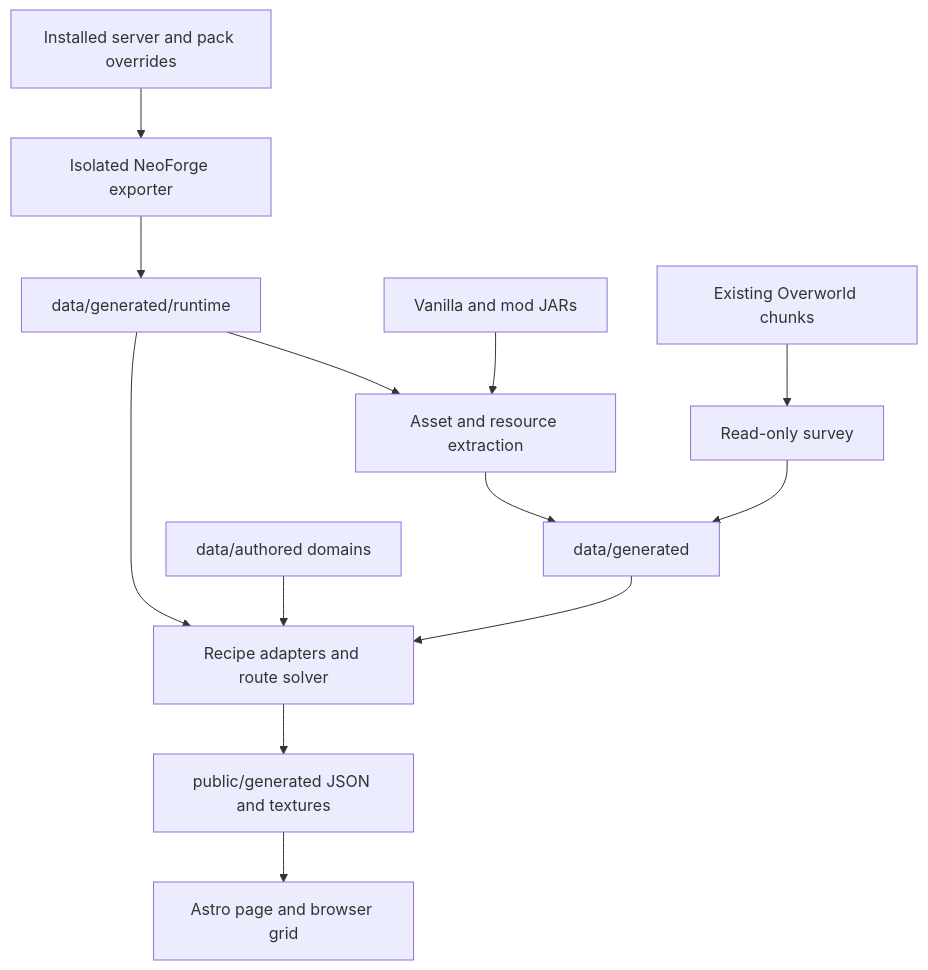
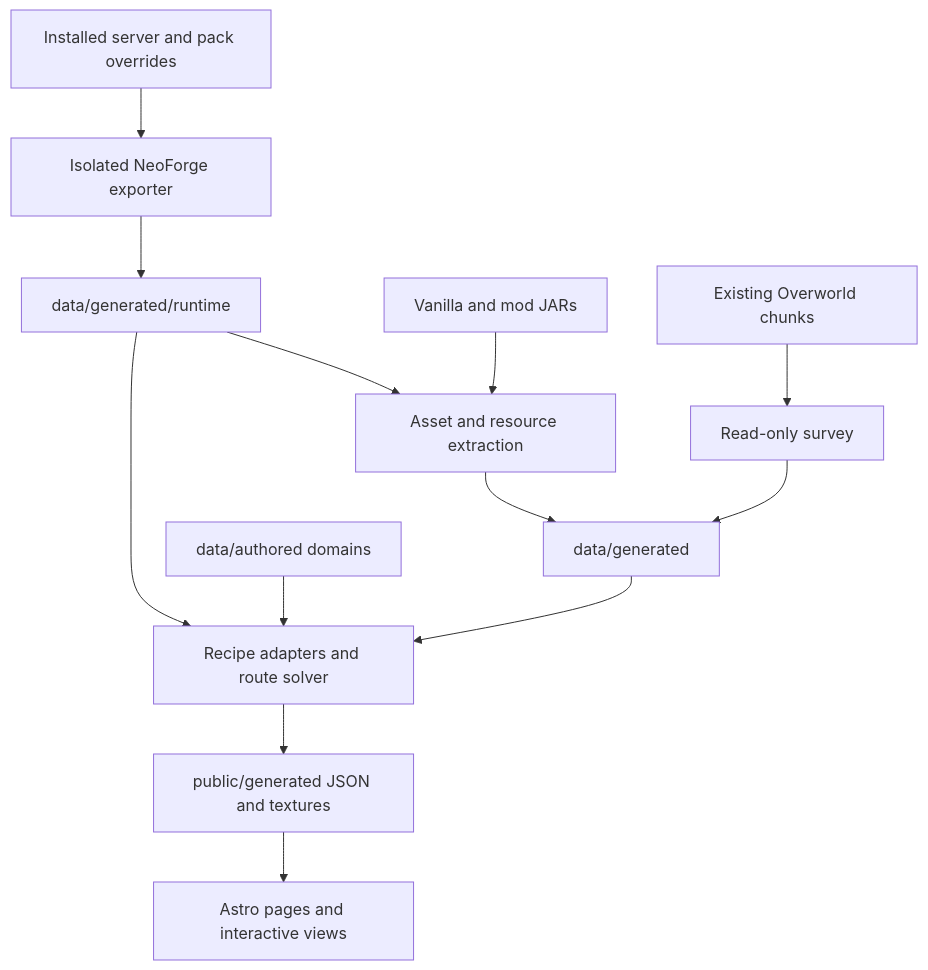
The diagram in docs/development/web/data.md (mannie-exe/create_sky), drawn with Mermaid before and after one commit. The commit also changed other lines of this file and 30 other files, not shown here.

````diff
--- a/docs/development/web/data.md
+++ b/docs/development/web/data.md
@@ -7,15 +7,15 @@
 ```mermaid
 flowchart TD
     Server[Installed server and pack overrides] --> Runtime[Isolated NeoForge exporter]
     Runtime --> Evidence[data/generated/runtime]
     Jars[Vanilla and mod JARs] --> Extract[Asset and resource extraction]
     Evidence --> Extract
     Extract --> Catalog[data/generated]
     World[Existing Overworld chunks] --> Survey[Read-only survey]
     Survey --> Catalog
     YAML[data/authored domains] --> Compile[Recipe adapters and route solver]
     Catalog --> Compile
     Evidence --> Compile
     Compile --> Public[public/generated JSON and textures]
-    Public --> Browser[Astro page and browser grid]
+    Public --> Browser[Astro pages and interactive views]
 ```
````
